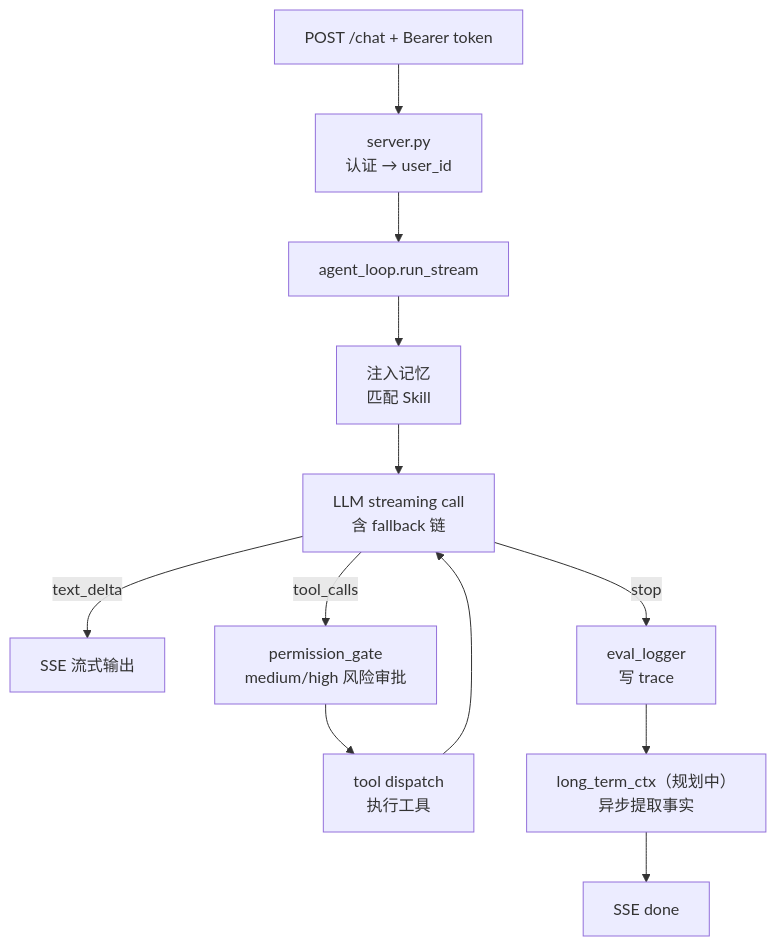
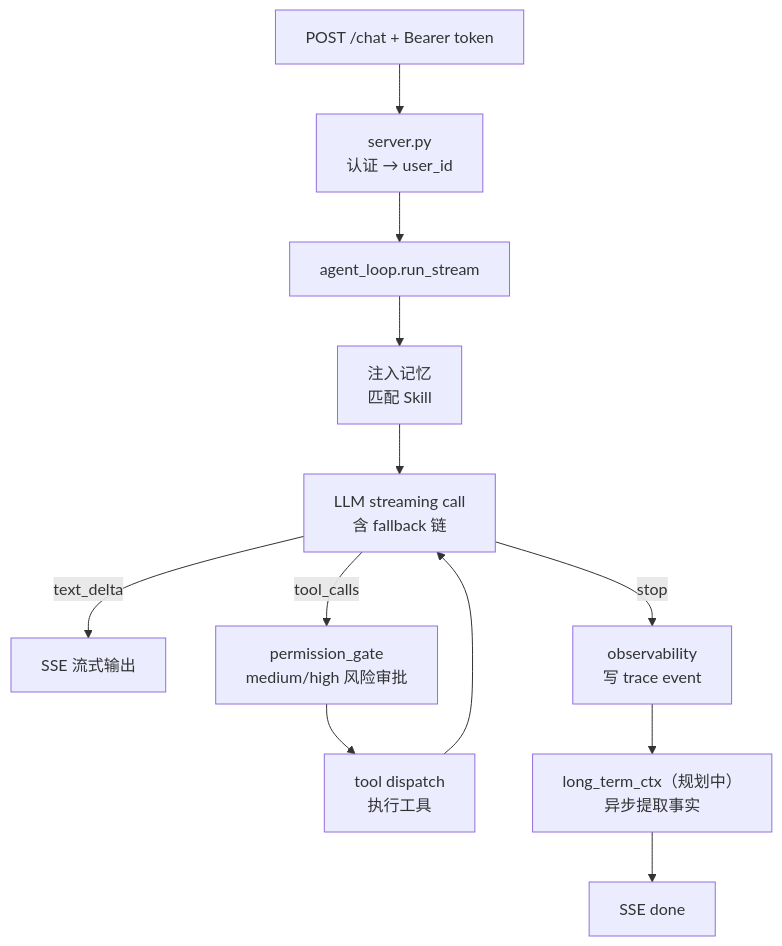
Before and after one commit to Summy2104/fleetent: the second of 5 diagrams in docs/architecture.md, drawn with Mermaid. The commit also changed other lines of this file and 18 other files, not shown here.

````diff
--- a/docs/architecture.md
+++ b/docs/architecture.md
@@ -97,14 +97,14 @@
 ```mermaid
 flowchart TD
     A["POST /chat + Bearer token"] --> B["server.py\n认证 → user_id"]
     B --> C["agent_loop.run_stream"]
     C --> D["注入记忆\n匹配 Skill"]
     D --> E["LLM streaming call\n含 fallback 链"]
     E -->|text_delta| F["SSE 流式输出"]
     E -->|tool_calls| G["permission_gate\nmedium/high 风险审批"]
     G --> H["tool dispatch\n执行工具"]
     H --> E
-    E -->|stop| I["eval_logger\n写 trace"]
+    E -->|stop| I["observability\n写 trace event"]
     I --> J["long_term_ctx（规划中）\n异步提取事实"]
     J --> K["SSE done"]
 ```
````
